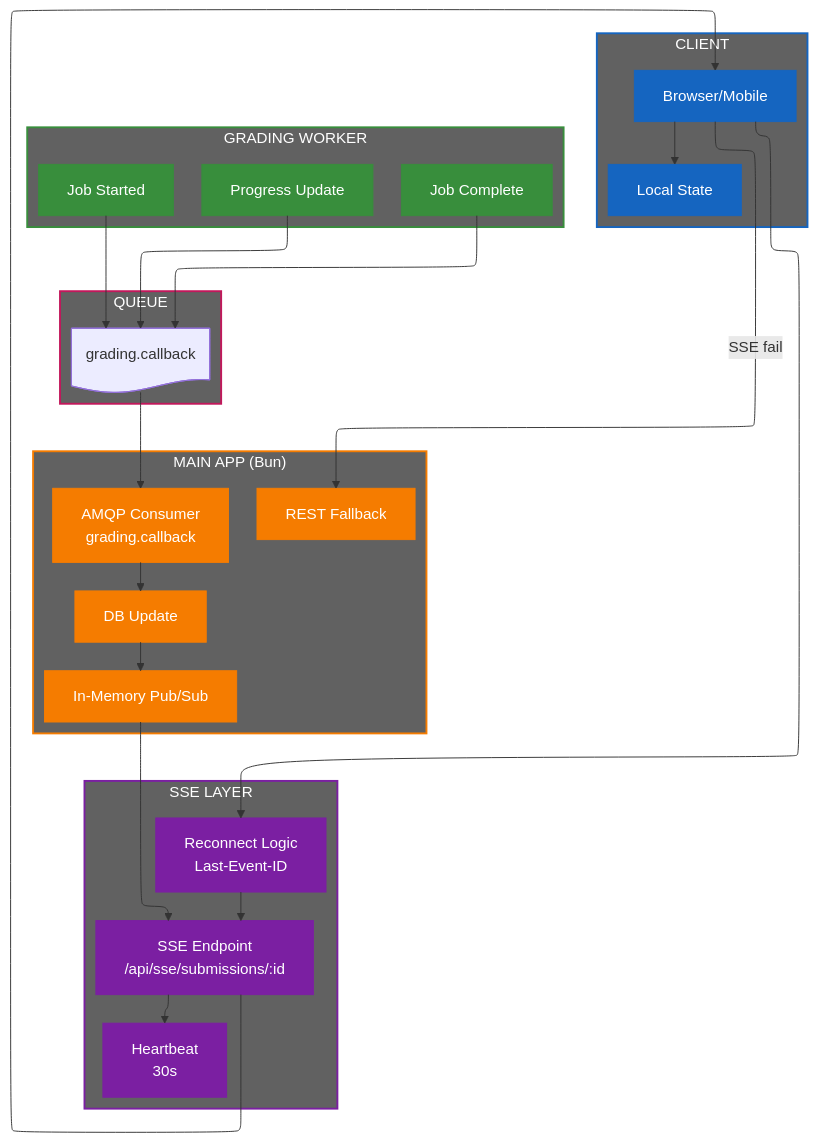
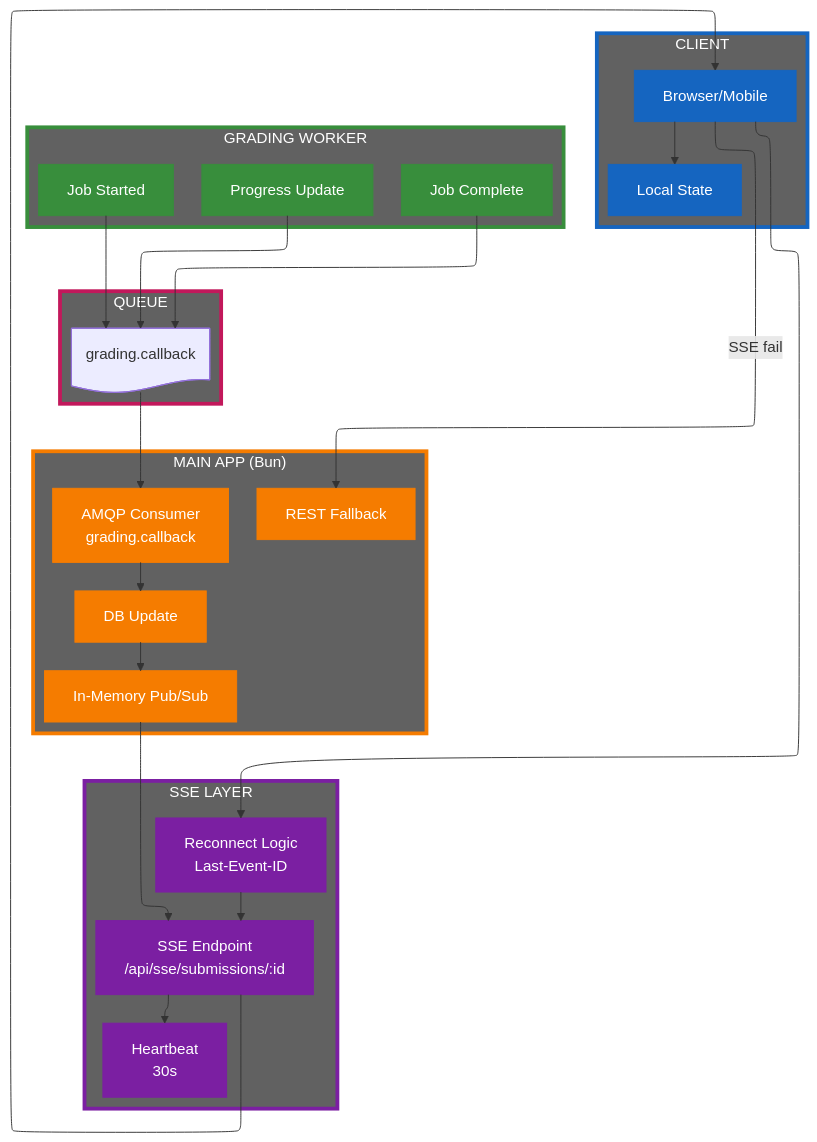
One commit to nghyane/VSTEP changed the seventh of 12 diagrams in docs/capstone/diagrams/flow-diagrams.vi.md. Above: the diagram before and after it, drawn with Mermaid. The commit also changed other lines of this file, not shown here.

First line of the commit message:
fix(docs): increase box stroke width to 4px for better visibility

````diff
--- a/docs/capstone/diagrams/flow-diagrams.vi.md
+++ b/docs/capstone/diagrams/flow-diagrams.vi.md
@@ -377,71 +377,71 @@
 ```mermaid
 ---
 config:
   layout: elk
 ---
 flowchart TB
     subgraph Client["CLIENT"]
         Browser["Browser/Mobile"]
         LocalState["Local State"]
     end
 
     subgraph SSE["SSE LAYER"]
         Endpoint["SSE Endpoint\n/api/sse/submissions/:id"]
         Heartbeat["Heartbeat\n30s"]
         Reconnect["Reconnect Logic\nLast-Event-ID"]
     end
 
     subgraph Bun["MAIN APP (Bun)"]
         Consumer["AMQP Consumer\ngrading.callback"]
         PubSub["In-Memory Pub/Sub"]
         DBUpdate["DB Update"]
         Fallback["REST Fallback"]
     end
 
     subgraph Worker["GRADING WORKER"]
         JobStart["Job Started"]
         Progress["Progress Update"]
         JobComplete["Job Complete"]
     end
 
     subgraph Queue["QUEUE"]
         CbQueue@{ shape: doc, label: "grading.callback" }
     end
 
     JobStart --> CbQueue
     Progress --> CbQueue
     JobComplete --> CbQueue
     
     CbQueue --> Consumer --> DBUpdate --> PubSub --> Endpoint
     Endpoint --> Browser --> LocalState
     
     Browser -->|"SSE fail"| Fallback
     
     Endpoint --> Heartbeat
     Browser --> Reconnect --> Endpoint
 
     %% Nodes
     classDef client fill:#1565c0,stroke:#1565c0,color:#fff
     classDef sse fill:#7b1fa2,stroke:#7b1fa2,color:#fff
     classDef bun fill:#f57c00,stroke:#f57c00,color:#fff
     classDef worker fill:#388e3c,stroke:#388e3c,color:#fff
     classDef queue fill:#c2185b,stroke:#c2185b,color:#fff
 
     %% Boxes
-    classDef clientBox fill:#616161,stroke:#1565c0,stroke-width:2px,color:#fff
-    classDef sseBox fill:#616161,stroke:#7b1fa2,stroke-width:2px,color:#fff
-    classDef bunBox fill:#616161,stroke:#f57c00,stroke-width:2px,color:#fff
-    classDef workerBox fill:#616161,stroke:#388e3c,stroke-width:2px,color:#fff
-    classDef queueBox fill:#616161,stroke:#c2185b,stroke-width:2px,color:#fff
+    classDef clientBox fill:#616161,stroke:#1565c0,stroke-width:4px,color:#fff
+    classDef sseBox fill:#616161,stroke:#7b1fa2,stroke-width:4px,color:#fff
+    classDef bunBox fill:#616161,stroke:#f57c00,stroke-width:4px,color:#fff
+    classDef workerBox fill:#616161,stroke:#388e3c,stroke-width:4px,color:#fff
+    classDef queueBox fill:#616161,stroke:#c2185b,stroke-width:4px,color:#fff
 
     class Client clientBox
     class SSE sseBox
     class Bun bunBox
     class Worker workerBox
     class Queue queueBox
 
     class Browser,LocalState client
     class Endpoint,Heartbeat,Reconnect sse
     class Consumer,PubSub,DBUpdate,Fallback bun
     class JobStart,Progress,JobComplete worker
 ```
````
